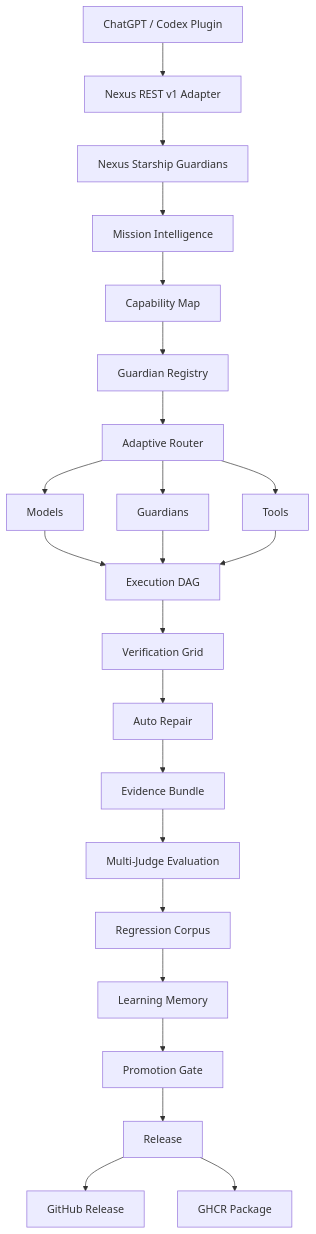
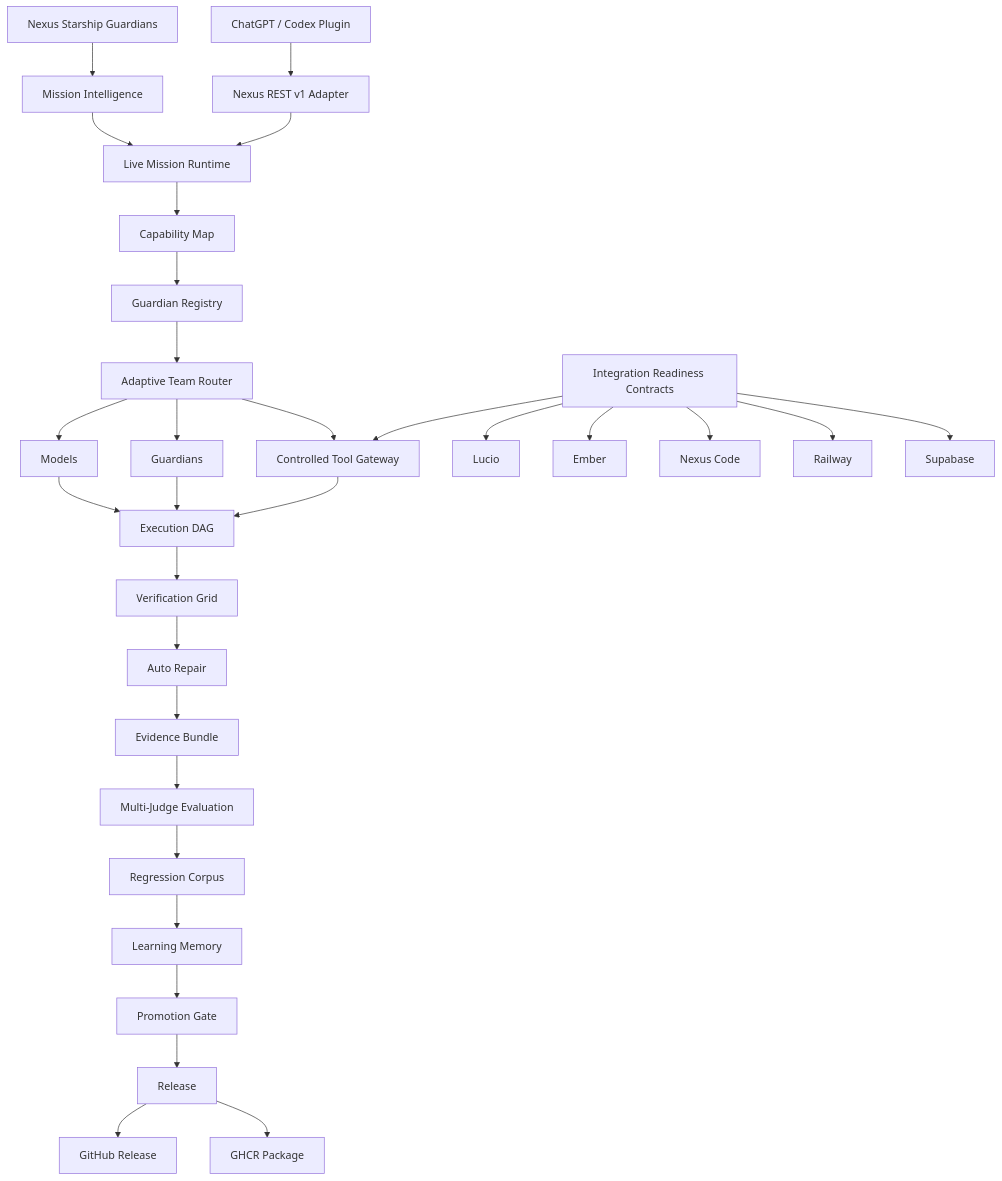
One commit to lois4801/NEXUS-Starship-Guardians changed the diagram in README.md. Above: the diagram before and after it, drawn with Mermaid. The commit also changed other lines of this file, not shown here.

Commit message:
docs: update README for Nexus Starship Guardians v0.4 live Mission Runtime

````diff
--- a/README.md
+++ b/README.md
@@ -52,26 +55,35 @@
 ```mermaid
 flowchart TD
     A[Nexus Starship Guardians] --> B[Mission Intelligence]
-    B --> C[Capability Map]
-    C --> D[Guardian Registry]
-    D --> E[Adaptive Router]
-    E --> F[Models]
-    E --> G[Guardians]
-    E --> H[Tools]
-    F --> I[Execution DAG]
-    G --> I
-    H --> I
-    I --> J[Verification Grid]
-    J --> K[Auto Repair]
-    K --> L[Evidence Bundle]
-    L --> M[Multi-Judge Evaluation]
-    M --> N[Regression Corpus]
-    N --> O[Learning Memory]
-    O --> P[Promotion Gate]
-    P --> Q[Release]
+    B --> C[Live Mission Runtime]
+    C --> D[Capability Map]
+    D --> E[Guardian Registry]
+    E --> F[Adaptive Team Router]
+    F --> G[Models]
+    F --> H[Guardians]
+    F --> I[Controlled Tool Gateway]
 
-    R[ChatGPT / Codex Plugin] --> S[Nexus REST v1 Adapter]
-    S --> A
-    Q --> T[GitHub Release]
-    Q --> U[GHCR Package]
+    X[Integration Readiness Contracts] --> I
+    X --> X1[Lucio]
+    X --> X2[Ember]
+    X --> X3[Nexus Code]
+    X --> X4[Railway]
+    X --> X5[Supabase]
+
+    G --> J[Execution DAG]
+    H --> J
+    I --> J
+    J --> K[Verification Grid]
+    K --> L[Auto Repair]
+    L --> M[Evidence Bundle]
+    M --> N[Multi-Judge Evaluation]
+    N --> O[Regression Corpus]
+    O --> P[Learning Memory]
+    P --> Q[Promotion Gate]
+    Q --> R[Release]
+
+    S[ChatGPT / Codex Plugin] --> T[Nexus REST v1 Adapter]
+    T --> C
+    R --> U[GitHub Release]
+    R --> V[GHCR Package]
 ```
````
